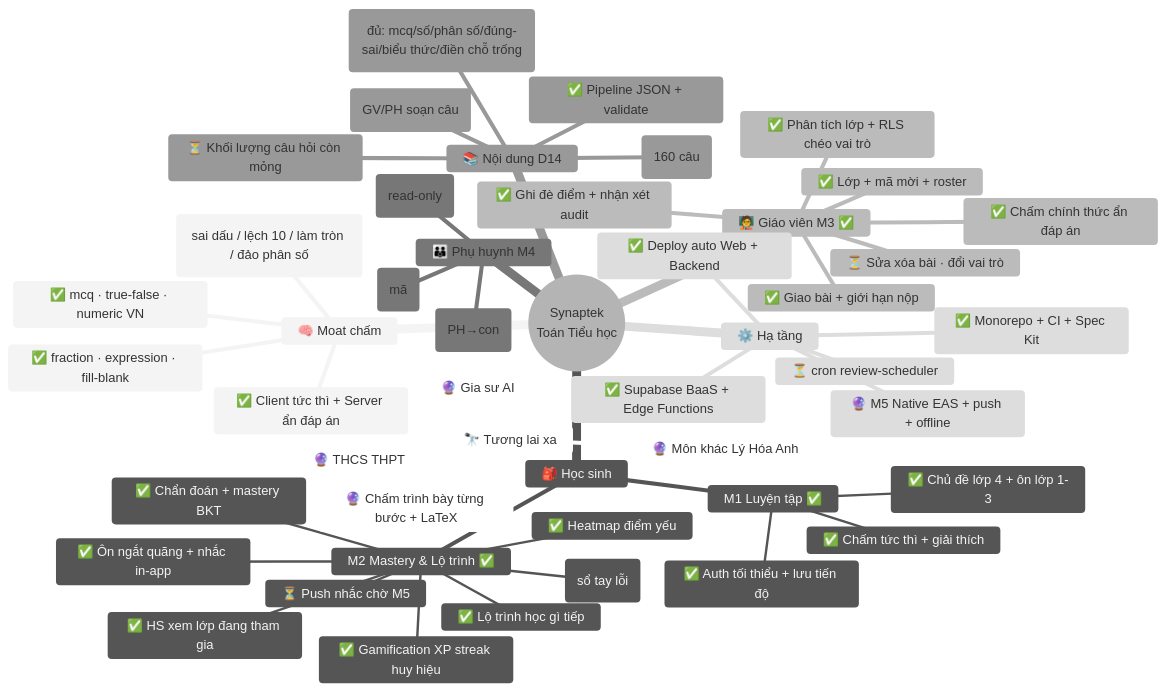
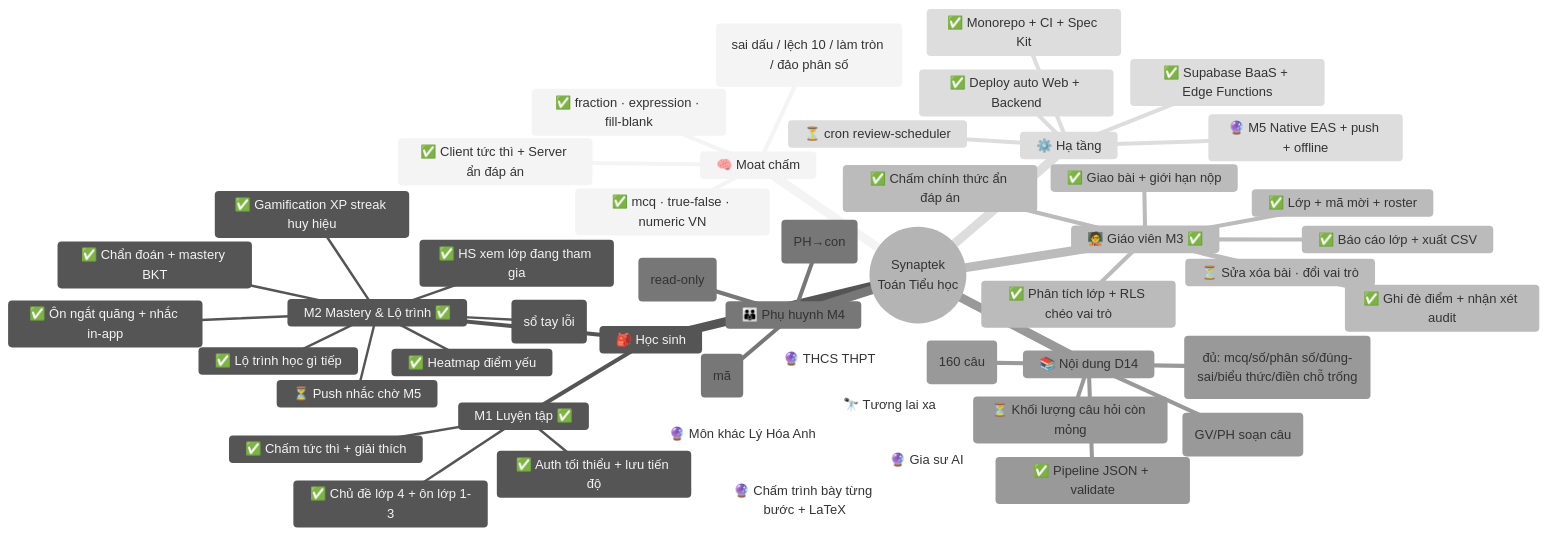
The first of 2 diagrams in docs/FEATURE-MAP.md (hoanghainh1188/synaptek), drawn with Mermaid (neutral theme) before and after one commit. The commit also changed 8 other files, not shown here.

First line of the commit message:
feat: báo cáo lớp cho GV (bảng điểm + xuất CSV) (#36)

````diff
--- a/docs/FEATURE-MAP.md
+++ b/docs/FEATURE-MAP.md
@@ -8,51 +8,52 @@
 ```mermaid
 mindmap
   root((Synaptek<br/>Toán Tiểu học))
     🧠 Moat chấm
       ✅ mcq · true-false · numeric VN
       ✅ fraction · expression · fill-blank
       ✅ Client tức thì + Server ẩn đáp án
       ✅ Chẩn đoán lỗi (sai dấu / lệch 10 / làm tròn / đảo phân số)
     🎒 Học sinh
       M1 Luyện tập ✅
         ✅ Chủ đề lớp 4 + ôn lớp 1-3
         ✅ Chấm tức thì + giải thích
         ✅ Auth tối thiểu + lưu tiến độ
       M2 Mastery & Lộ trình ✅
         ✅ HS xem lớp đang tham gia
         ✅ Chẩn đoán + mastery BKT
         ✅ Lộ trình học gì tiếp
         ✅ Heatmap điểm yếu
         ✅ Gamification XP streak huy hiệu
         ✅ Ôn ngắt quãng + nhắc in-app
         ✅ Ôn lại câu sai (sổ tay lỗi)
         ⏳ Push nhắc chờ M5
     🧑‍🏫 Giáo viên M3 ✅
+      ✅ Báo cáo lớp + xuất CSV
       ✅ Lớp + mã mời + roster
       ✅ Giao bài + giới hạn nộp
       ✅ Chấm chính thức ẩn đáp án
       ✅ Ghi đè điểm + nhận xét audit
       ✅ Phân tích lớp + RLS chéo vai trò
       ⏳ Sửa xóa bài · đổi vai trò
     👪 Phụ huynh M4
       ✅ Liên kết phụ huynh - con (mã)
       ✅ Theo dõi tiến độ con (read-only)
       ✅ Giao bài tại nhà (PH→con)
     📚 Nội dung D14
       ✅ Pipeline JSON + validate
       ⏳ Khối lượng câu hỏi còn mỏng
       ✅ Authoring UI (GV/PH soạn câu)
       ✅ 6 loại câu tự soạn (đủ: mcq/số/phân số/đúng-sai/biểu thức/điền chỗ trống)
       ✅ Nội dung lớp 1-5 (160 câu)
     ⚙️ Hạ tầng
       ✅ Monorepo + CI + Spec Kit
       ✅ Supabase BaaS + Edge Functions
       ✅ Deploy auto Web + Backend
       ⏳ cron review-scheduler
       🔮 M5 Native EAS + push + offline
     🔭 Tương lai xa
       🔮 THCS THPT
       🔮 Môn khác Lý Hóa Anh
       🔮 Chấm trình bày từng bước + LaTeX
       🔮 Gia sư AI
 ```
````
